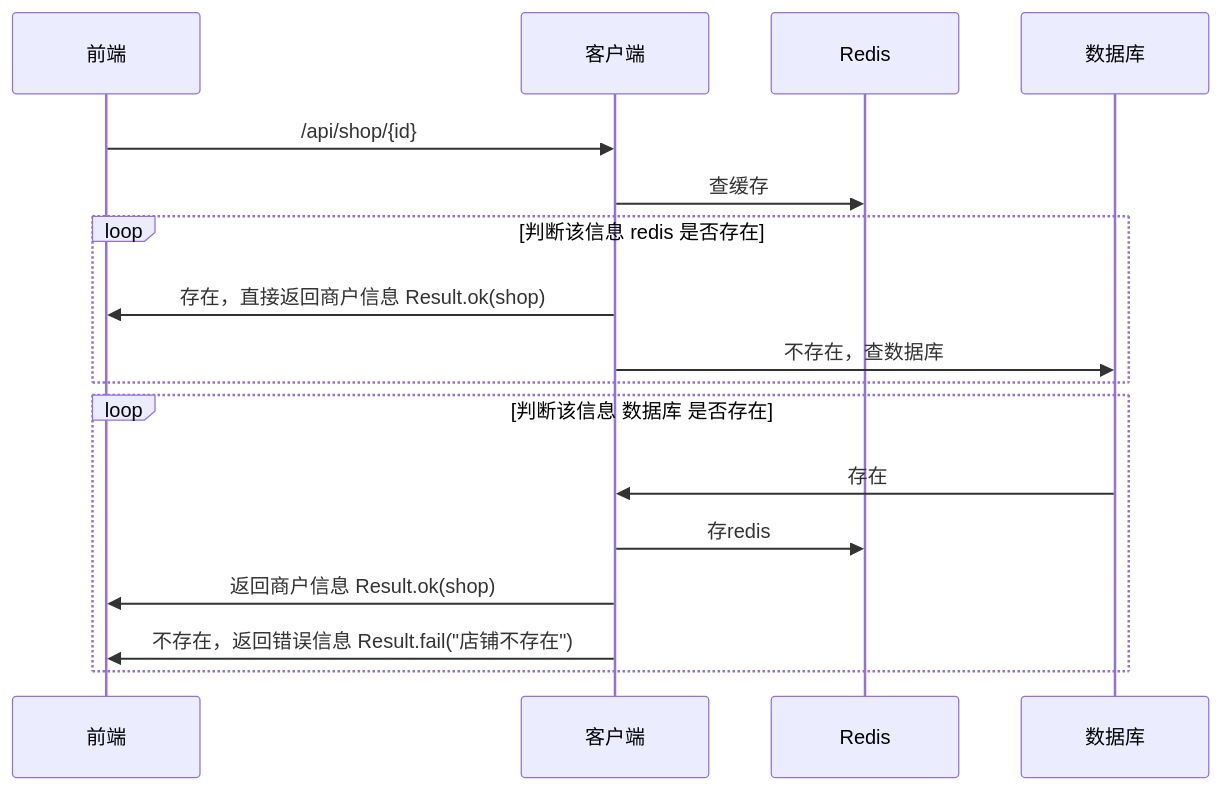
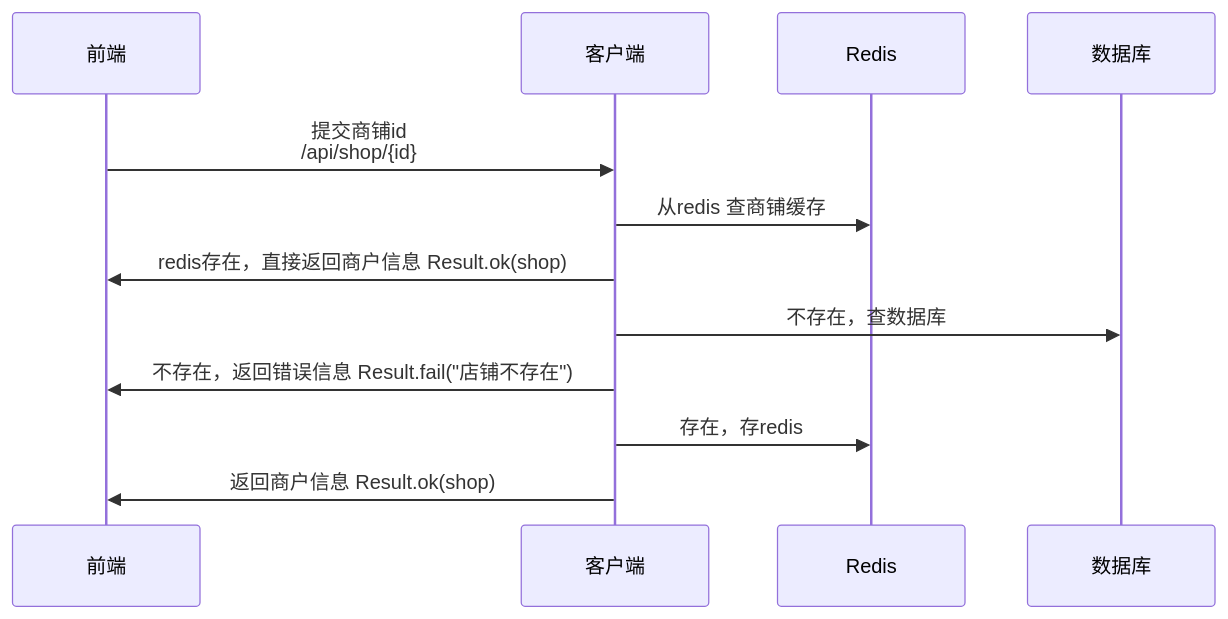
Before and after one commit to feed981/e01: the first of 5 diagrams in README.md, drawn with Mermaid. The commit also changed other lines of this file, not shown here.

````diff
--- a/README.md
+++ b/README.md
@@ -1313,21 +3,15 @@
 ```mermaid
 sequenceDiagram
     participant 前端
     participant 客户端
     participant Redis
     participant 数据库
 
-	前端->>客户端: /api/shop/{id}
-	客户端->>Redis: 查缓存
-	loop 判断该信息 redis 是否存在
-	  客户端->>前端: 存在，直接返回商户信息 Result.ok(shop)
+	前端->>客户端: 提交商铺id <br>/api/shop/{id}
+	客户端->>Redis: 从redis 查商铺缓存
+	  客户端->>前端: redis存在，直接返回商户信息 Result.ok(shop)
 	  客户端->>数据库: 不存在，查数据库
-	end
-	loop 判断该信息 数据库 是否存在
-	  数据库->>客户端: 存在
-	  客户端->>Redis: 存redis
+	  客户端->>前端: 不存在，返回错误信息 Result.fail("店铺不存在")
+	  客户端->>Redis: 存在，存redis
 	  客户端->>前端: 返回商户信息 Result.ok(shop)
-	  
-	  客户端->>前端: 不存在，返回错误信息 Result.fail("店铺不存在")
-	end
 ```
````
